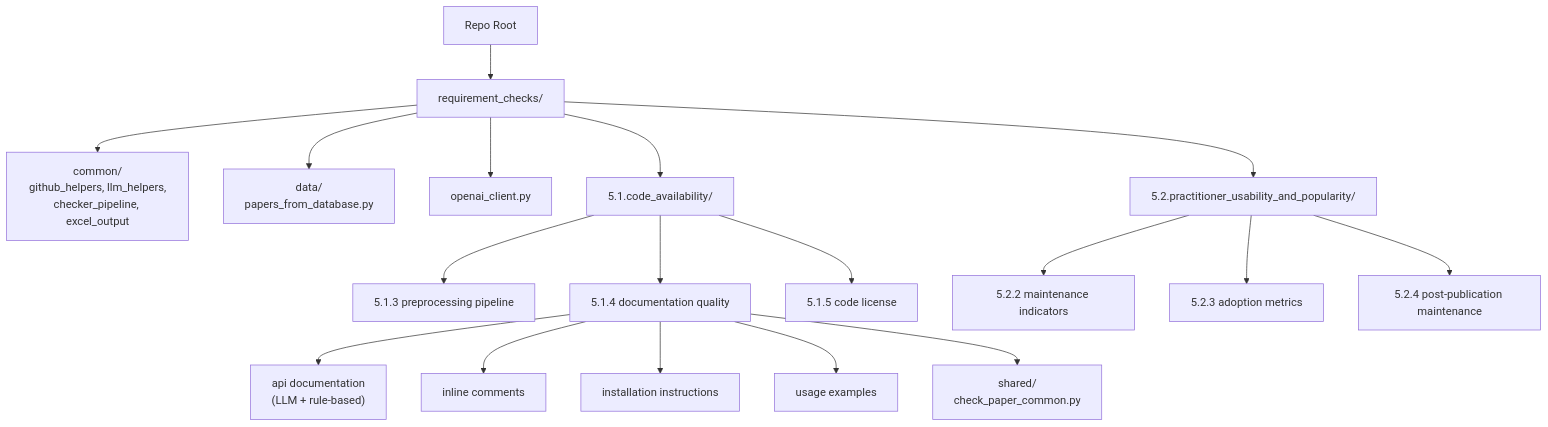
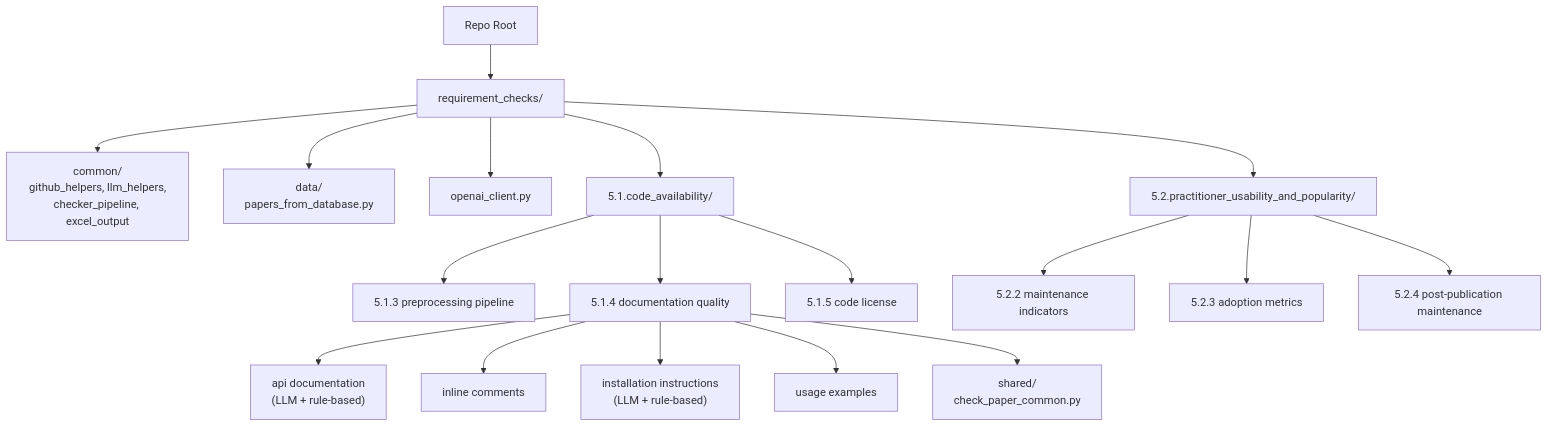
The diagram in README.md (AminDaryan/Scrape-GitHub), drawn with Mermaid before and after one commit. The commit also changed other lines of this file and 2 other files, not shown here.

````diff
--- a/README.md
+++ b/README.md
@@ -41,21 +244,21 @@
 ```mermaid
 flowchart TD
   root["Repo Root"]
   root --> rc["requirement_checks/"]
   rc --> common["common/<br/>github_helpers, llm_helpers,<br/>checker_pipeline, excel_output"]
   rc --> data["data/<br/>papers_from_database.py"]
   rc --> client["openai_client.py"]
   rc --> q51["5.1.code_availability/"]
   q51 --> q513["5.1.3 preprocessing pipeline"]
   q51 --> q514["5.1.4 documentation quality"]
   q51 --> q515["5.1.5 code license"]
   q514 --> apidoc["api documentation<br/>(LLM + rule-based)"]
   q514 --> inline["inline comments"]
-  q514 --> install["installation instructions"]
+  q514 --> install["installation instructions<br/>(LLM + rule-based)"]
   q514 --> usage["usage examples"]
   q514 --> shared["shared/<br/>check_paper_common.py"]
   rc --> q52["5.2.practitioner_usability_and_popularity/"]
   q52 --> q522["5.2.2 maintenance indicators"]
   q52 --> q523["5.2.3 adoption metrics"]
   q52 --> q524["5.2.4 post-publication maintenance"]
 ```
````
